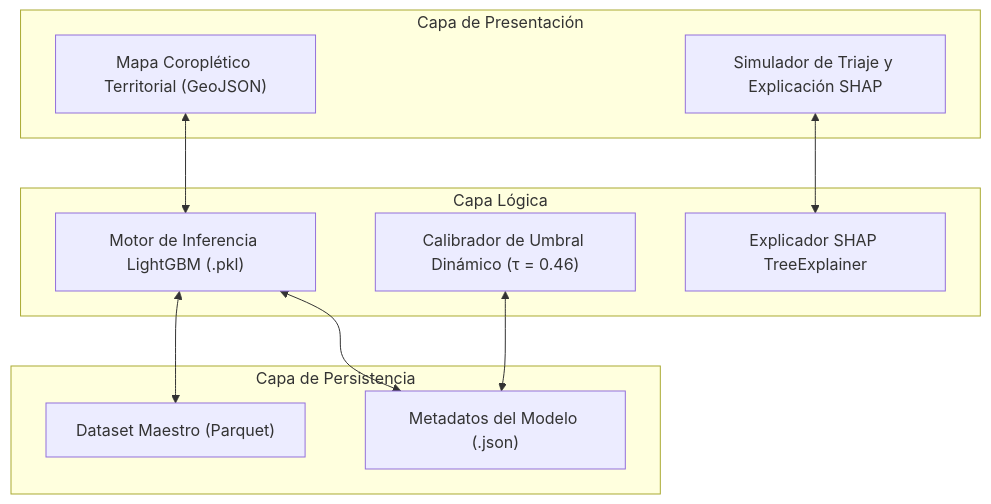
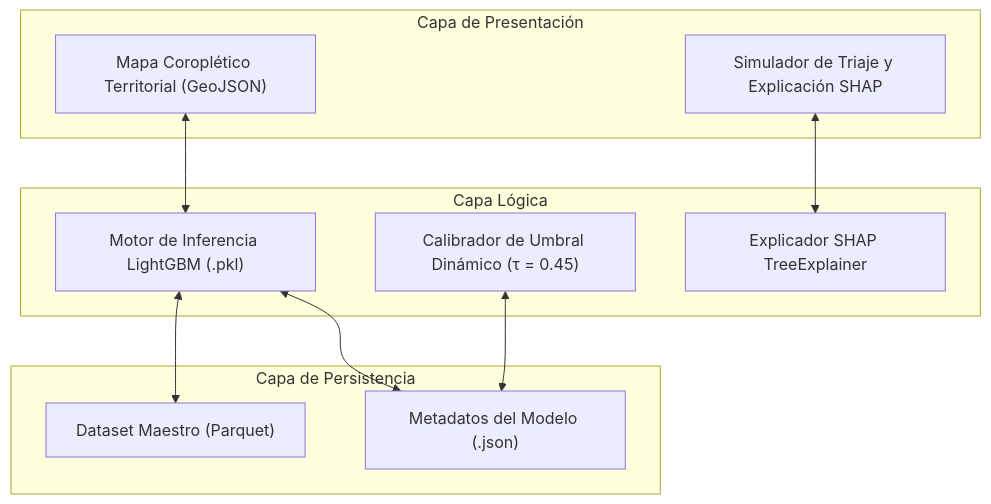
The third of 3 diagrams in docs/docs/metodologia_articulo.md (abelguevara-upeu/malnutrition-research), drawn with Mermaid before and after one commit. The commit also changed other lines of this file and 3 other files, not shown here.

````diff
--- a/docs/docs/metodologia_articulo.md
+++ b/docs/docs/metodologia_articulo.md
@@ -77,21 +77,21 @@
 ```mermaid
 graph TD
     subgraph Capa de Presentación
         UI1["Mapa Coroplético Territorial (GeoJSON)"]
         UI2["Simulador de Triaje y Explicación SHAP"]
     end
     subgraph Capa Lógica
         L1["Motor de Inferencia LightGBM (.pkl)"]
-        L2["Calibrador de Umbral Dinámico (τ = 0.46)"]
+        L2["Calibrador de Umbral Dinámico (τ = 0.45)"]
         L3["Explicador SHAP TreeExplainer"]
     end
     subgraph Capa de Persistencia
         D1["Dataset Maestro (Parquet)"]
         D2["Metadatos del Modelo (.json)"]
     end
     UI1 <--> L1
     UI2 <--> L3
     L1 <--> D1
     L1 <--> D2
     L2 <--> D2
 ```
````
